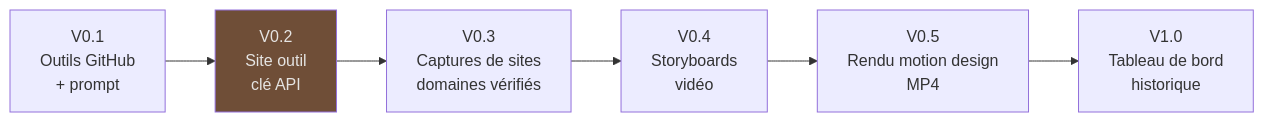
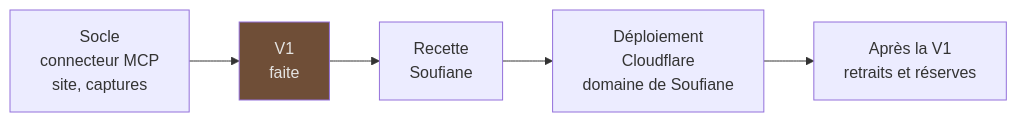
Before and after one commit to Souf-F/weekli: the diagram in docs/roadmap.md, drawn with Mermaid. The commit also changed other lines of this file and 13 other files, not shown here.

First line of the commit message:
docs: align readmes, roadmap, architecture and install guide with the code

````diff
--- a/docs/roadmap.md
+++ b/docs/roadmap.md
@@ -3,10 +5,9 @@
 ```mermaid
 flowchart LR
-    V1[V0.1<br/>Outils GitHub<br/>+ prompt] --> V15[V0.2<br/>Site outil<br/>clé API]
-    V15 --> V2[V0.3<br/>Captures de sites<br/>domaines vérifiés]
-    V2 --> V3[V0.4<br/>Storyboards<br/>vidéo]
-    V3 --> V4[V0.5<br/>Rendu motion design<br/>MP4]
-    V4 --> V5[V1.0<br/>Tableau de bord<br/>historique]
+    S[Socle<br/>connecteur MCP<br/>site, captures] --> V1[V1<br/>faite]
+    V1 --> R[Recette<br/>Soufiane]
+    R --> D[Déploiement<br/>Cloudflare<br/>domaine de Soufiane]
+    D --> A[Après la V1<br/>retraits et réserves]
 
-    style V15 fill:#6f4e37,color:#e5e4e2
+    style V1 fill:#6f4e37,color:#e5e4e2
 ```
````
